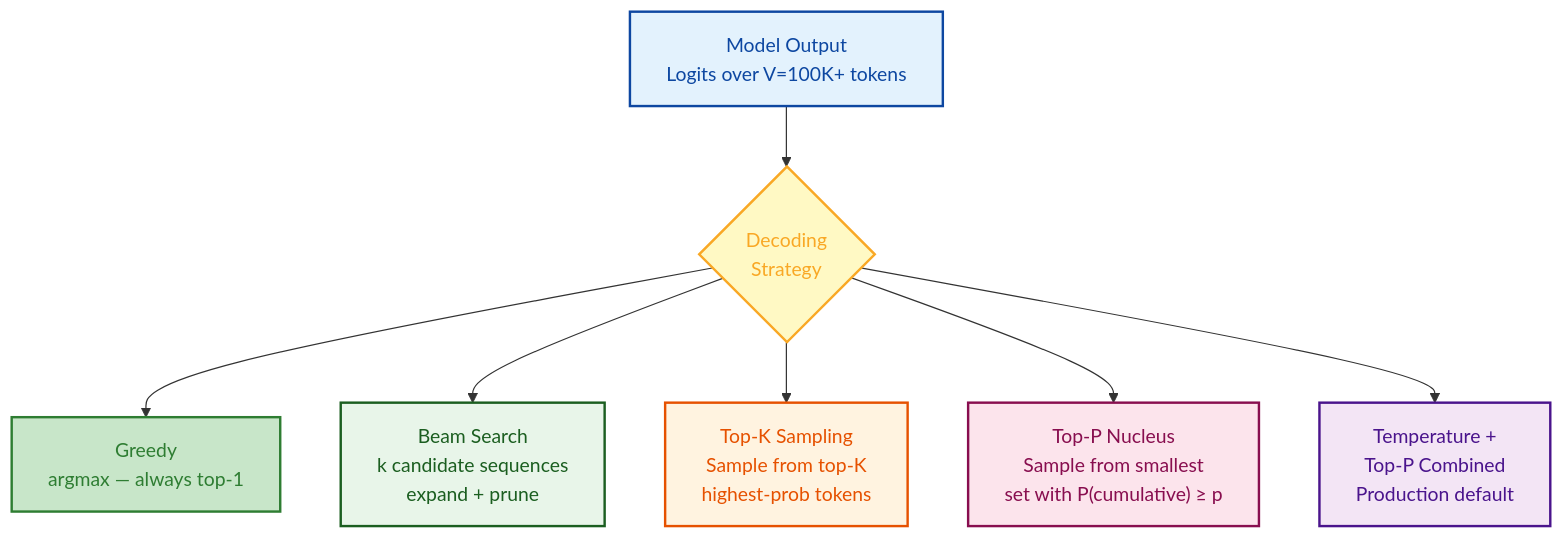
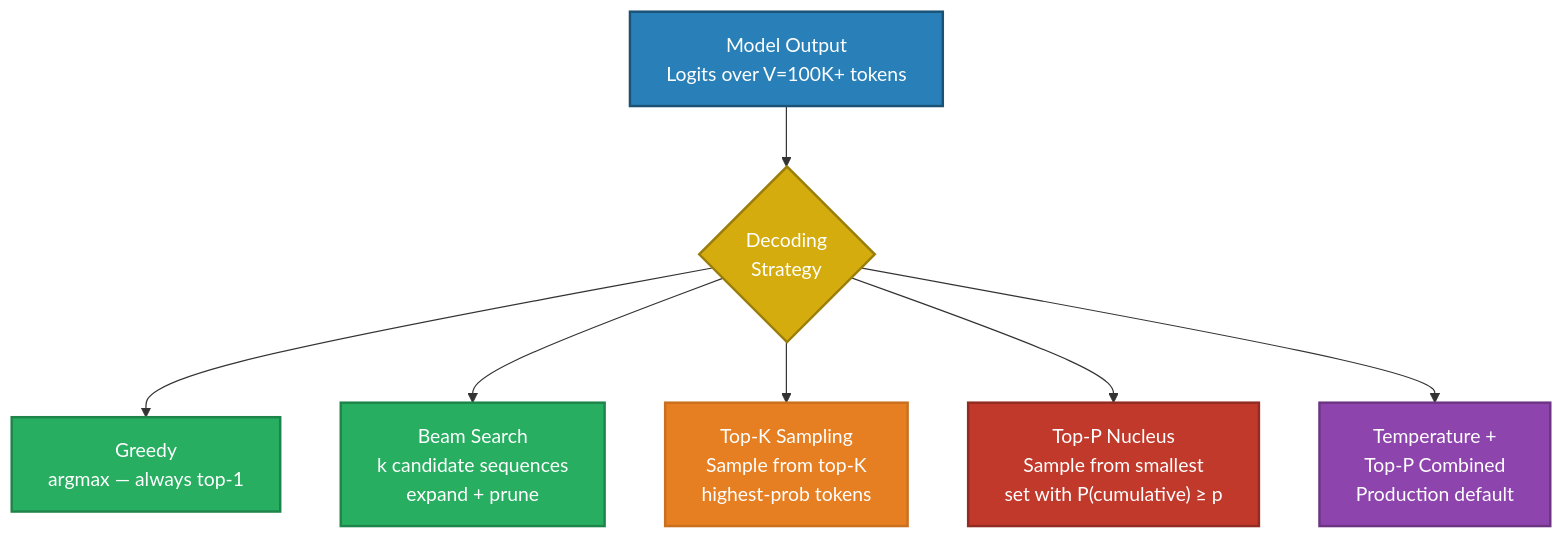
The sixth of 7 diagrams in docs/01-prompt-engineering/README.md (GyanendraChaubey/AI-Engineering-Notes), drawn with Mermaid before and after one commit. The commit also changed other lines of this file and 15 other files, not shown here.

Commit message:
style: replace all Mermaid diagram colors with saturated palette + white text for dark mode compatibility (321 changes across 16 files)

````diff
--- a/docs/01-prompt-engineering/README.md
+++ b/docs/01-prompt-engineering/README.md
@@ -433,16 +433,16 @@
 ```mermaid
 flowchart TD
     A["Model Output\nLogits over V=100K+ tokens"] --> B{"Decoding\nStrategy"}
     B --> C["Greedy\nargmax — always top-1"]
     B --> D["Beam Search\nk candidate sequences\nexpand + prune"]
     B --> E["Top-K Sampling\nSample from top-K\nhighest-prob tokens"]
     B --> F["Top-P Nucleus\nSample from smallest\nset with P(cumulative) ≥ p"]
     B --> G["Temperature +\nTop-P Combined\nProduction default"]
-    style A fill:#e3f2fd,stroke:#0d47a1,stroke-width:2px,color:#0d47a1
-    style B fill:#fff9c4,stroke:#f9a825,stroke-width:2px,color:#f9a825
-    style C fill:#c8e6c9,stroke:#2e7d32,stroke-width:2px,color:#2e7d32
-    style D fill:#e8f5e9,stroke:#1b5e20,stroke-width:2px,color:#1b5e20
-    style E fill:#fff3e0,stroke:#e65100,stroke-width:2px,color:#e65100
-    style F fill:#fce4ec,stroke:#880e4f,stroke-width:2px,color:#880e4f
-    style G fill:#f3e5f5,stroke:#4a148c,stroke-width:2px,color:#4a148c
+    style A fill:#2980B9,stroke:#1A5276,stroke-width:2px,color:#FFFFFF
+    style B fill:#D4AC0D,stroke:#9A7D0A,stroke-width:2px,color:#FFFFFF
+    style C fill:#27AE60,stroke:#1E8449,stroke-width:2px,color:#FFFFFF
+    style D fill:#27AE60,stroke:#1E8449,stroke-width:2px,color:#FFFFFF
+    style E fill:#E67E22,stroke:#CA6F1E,stroke-width:2px,color:#FFFFFF
+    style F fill:#C0392B,stroke:#922B21,stroke-width:2px,color:#FFFFFF
+    style G fill:#8E44AD,stroke:#6C3483,stroke-width:2px,color:#FFFFFF
 ```
````
